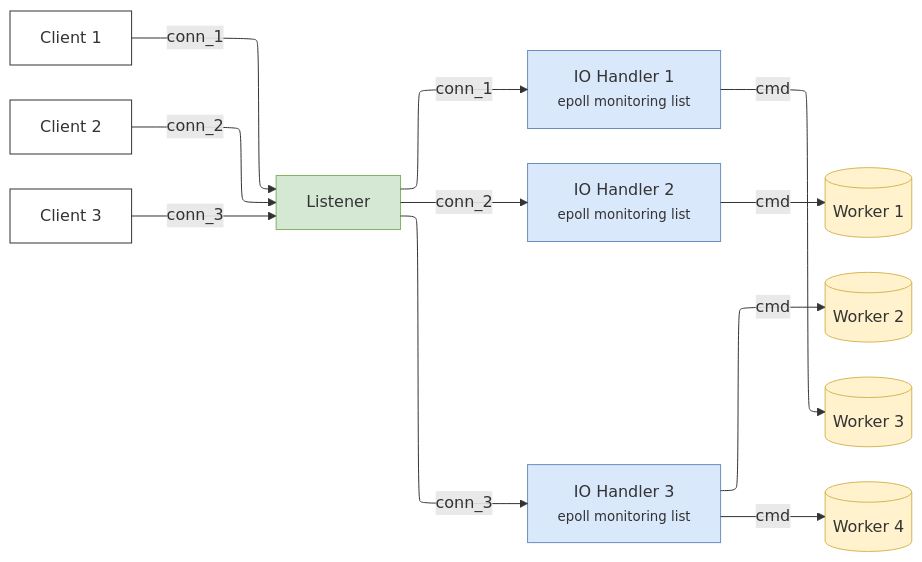
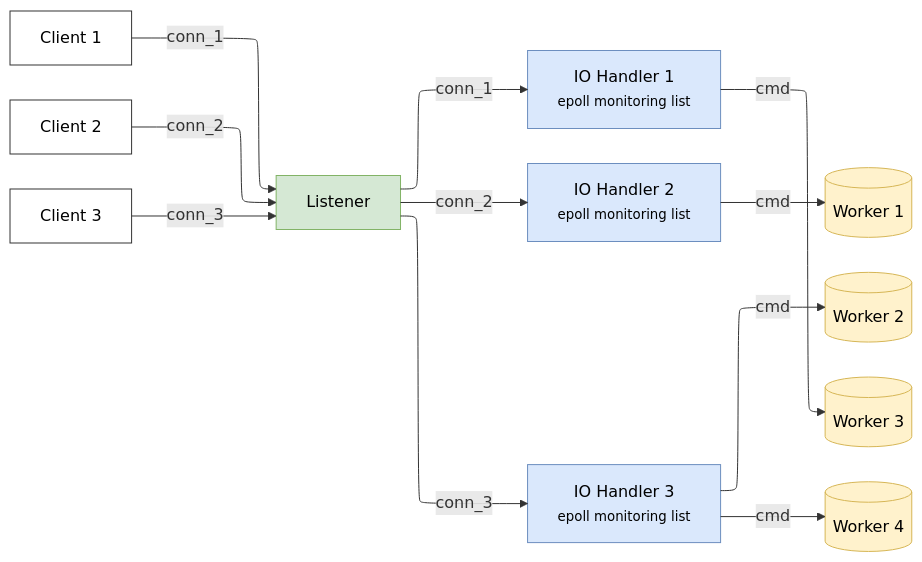
The first of 2 diagrams in Documentation/9-Multithread_Redis/README.md (TimSing6584/Multithreaded-Redis), drawn with Mermaid before and after one commit. The commit also changed other lines of this file, not shown here.

Commit message:
Fix blur mermaid diagram in dark mode

````diff
--- a/Documentation/9-Multithread_Redis/README.md
+++ b/Documentation/9-Multithread_Redis/README.md
@@ -39,43 +39,43 @@
 ```mermaid
 ---
 config:
   layout: elk
   elk:
     forceNodeModelOrder: true
     considerModelOrder: NODES_AND_EDGES
 ---
 flowchart LR
     C1[Client 1]
     C2[Client 2]
     C3[Client 3]
     L[Listener]
     IO1["IO Handler 1<br/><small>epoll monitoring list</small>"]
     IO2["IO Handler 2<br/><small>epoll monitoring list</small>"]
     IO3["IO Handler 3<br/><small>epoll monitoring list</small>"]
     W1[(Worker 1)]
     W2[(Worker 2)]
     W3[(Worker 3)]
     W4[(Worker 4)]
 
     C1 -- conn_1 --> L
     C2 -- conn_2 --> L
     C3 -- conn_3 --> L
 
     L -- conn_1 --> IO1
     L -- conn_2 --> IO2
     L -- conn_3 --> IO3
 
     IO1 -- cmd --> W3
     IO2 -- cmd --> W1
     IO3 -- cmd --> W2
     IO3 -- cmd --> W4
 
-    classDef client fill:#fff,stroke:#333
-    classDef listener fill:#d5e8d4,stroke:#82b366
-    classDef io fill:#dae8fc,stroke:#6c8ebf
-    classDef worker fill:#fff2cc,stroke:#d6b656
+    classDef client fill:#fff,stroke:#333,color:#000
+    classDef listener fill:#d5e8d4,stroke:#82b366,color:#000
+    classDef io fill:#dae8fc,stroke:#6c8ebf,color:#000
+    classDef worker fill:#fff2cc,stroke:#d6b656,color:#000
     class C1,C2,C3 client
     class L listener
     class IO1,IO2,IO3 io
     class W1,W2,W3,W4 worker
 ```
````
